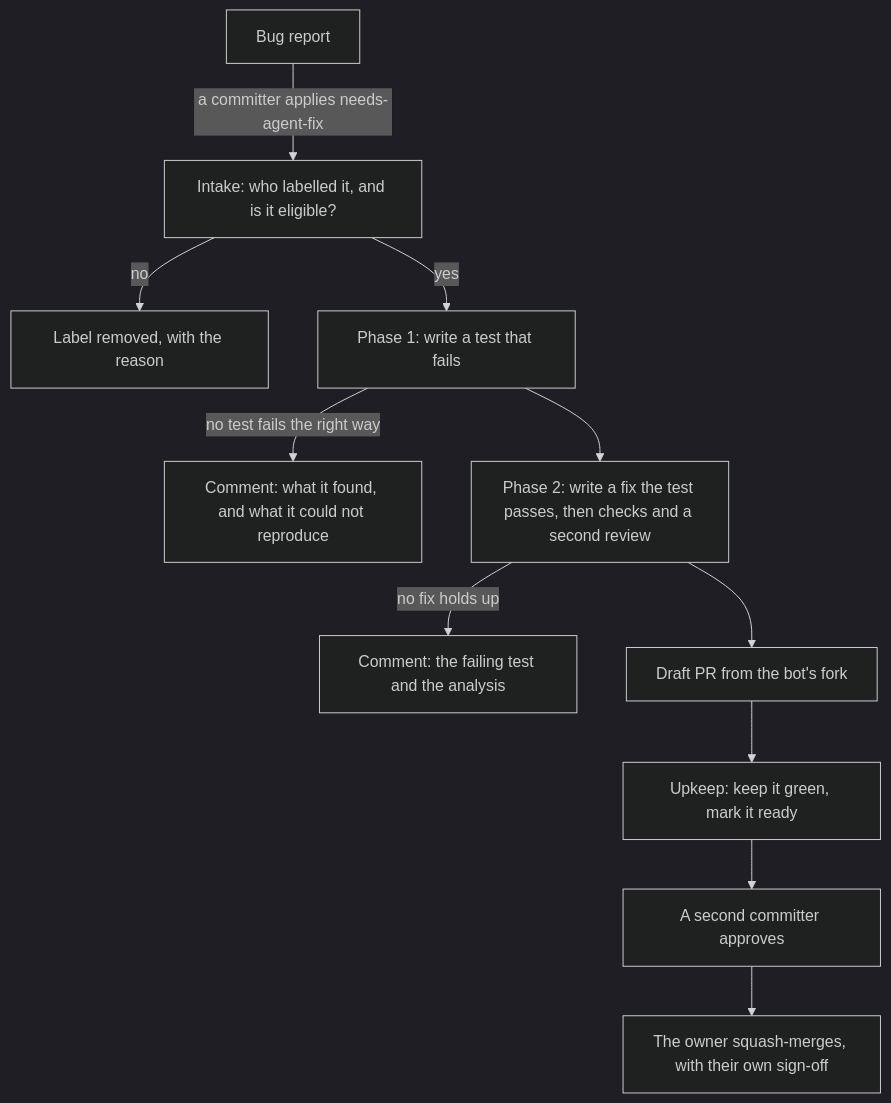
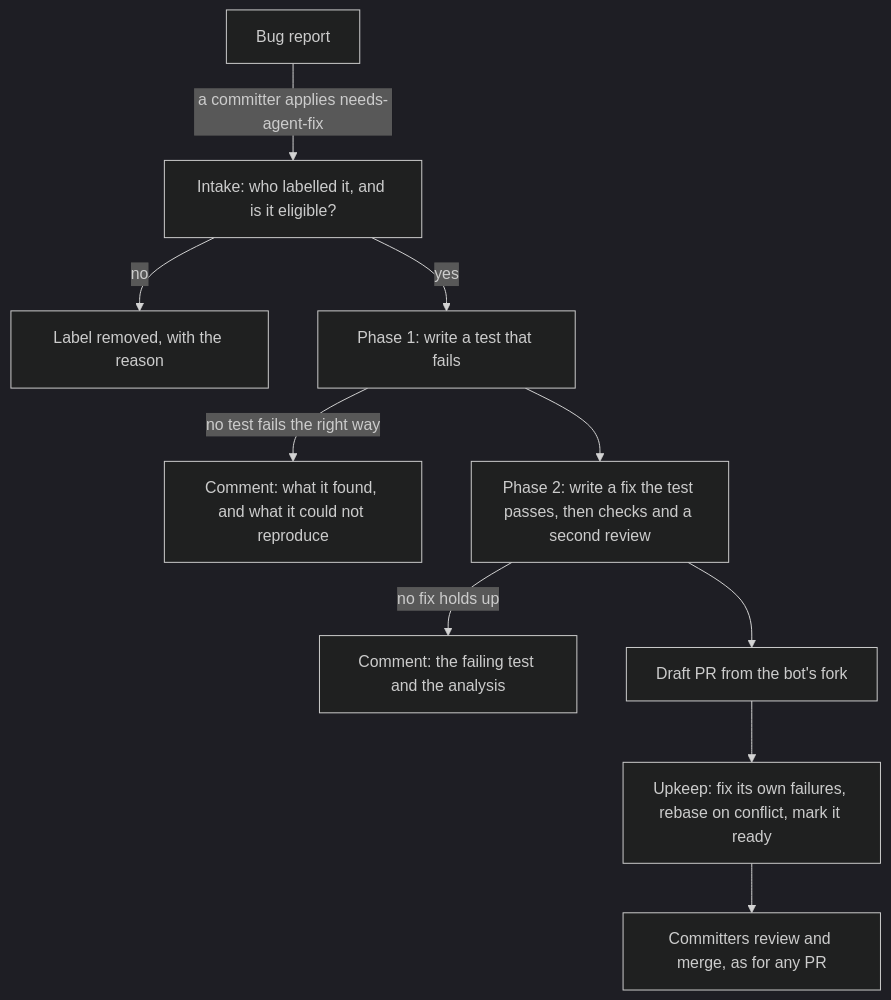
Before and after one commit to sarthakaggarwal97/valkey-ci-agent: the first of 5 diagrams in docs/design/software-factory.md, drawn with Mermaid (dark theme). The commit also changed other lines of this file, not shown here.

First line of the commit message:
Drop ownership, fix only the PR's own failures, rebase only on conflict

````diff
--- a/docs/design/software-factory.md
+++ b/docs/design/software-factory.md
@@ -12,13 +12,12 @@
 ```mermaid
 flowchart TD
     A["Bug report"] -->|"a committer applies needs-agent-fix"| B["Intake: who labelled it, and is it eligible?"]
     B -->|"no"| X["Label removed, with the reason"]
     B -->|"yes"| C["Phase 1: write a test that fails"]
     C -->|"no test fails the right way"| D["Comment: what it found, and what it could not reproduce"]
     C --> E["Phase 2: write a fix the test passes, then checks and a second review"]
     E -->|"no fix holds up"| F["Comment: the failing test and the analysis"]
     E --> G["Draft PR from the bot's fork"]
-    G --> H["Upkeep: keep it green, mark it ready"]
-    H --> I["A second committer approves"]
-    I --> J["The owner squash-merges, with their own sign-off"]
+    G --> H["Upkeep: fix its own failures, rebase on conflict, mark it ready"]
+    H --> I["Committers review and merge, as for any PR"]
 ```
````
